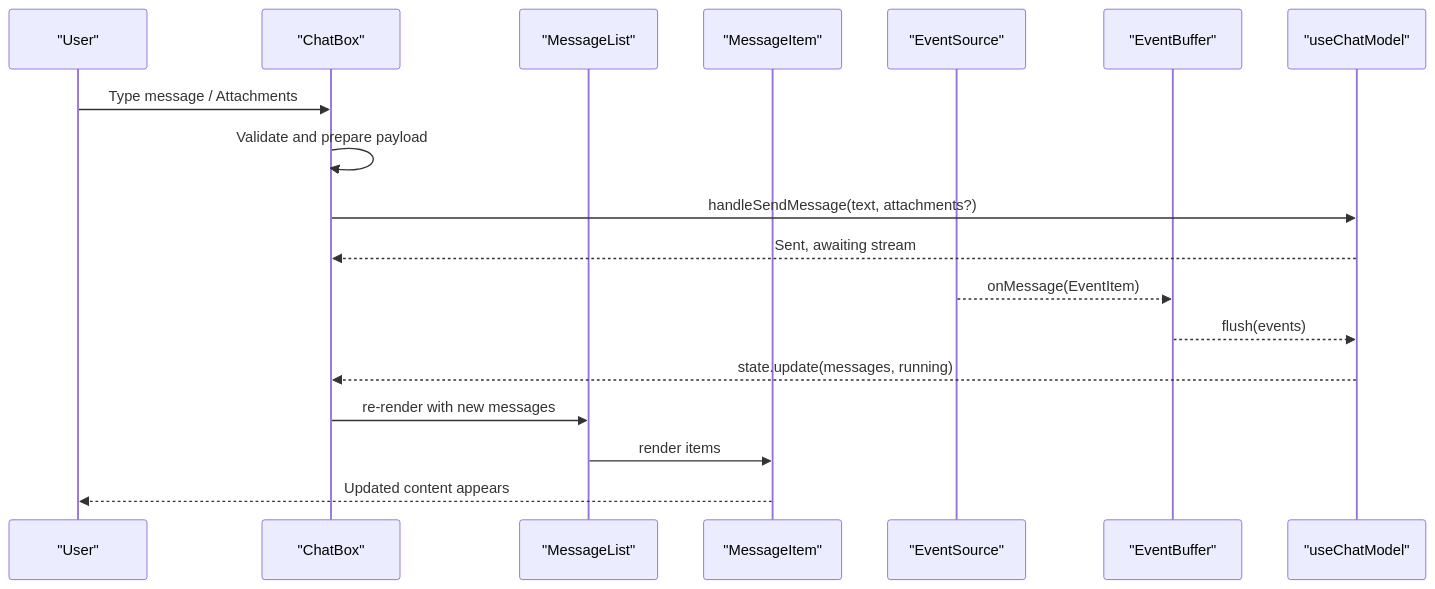
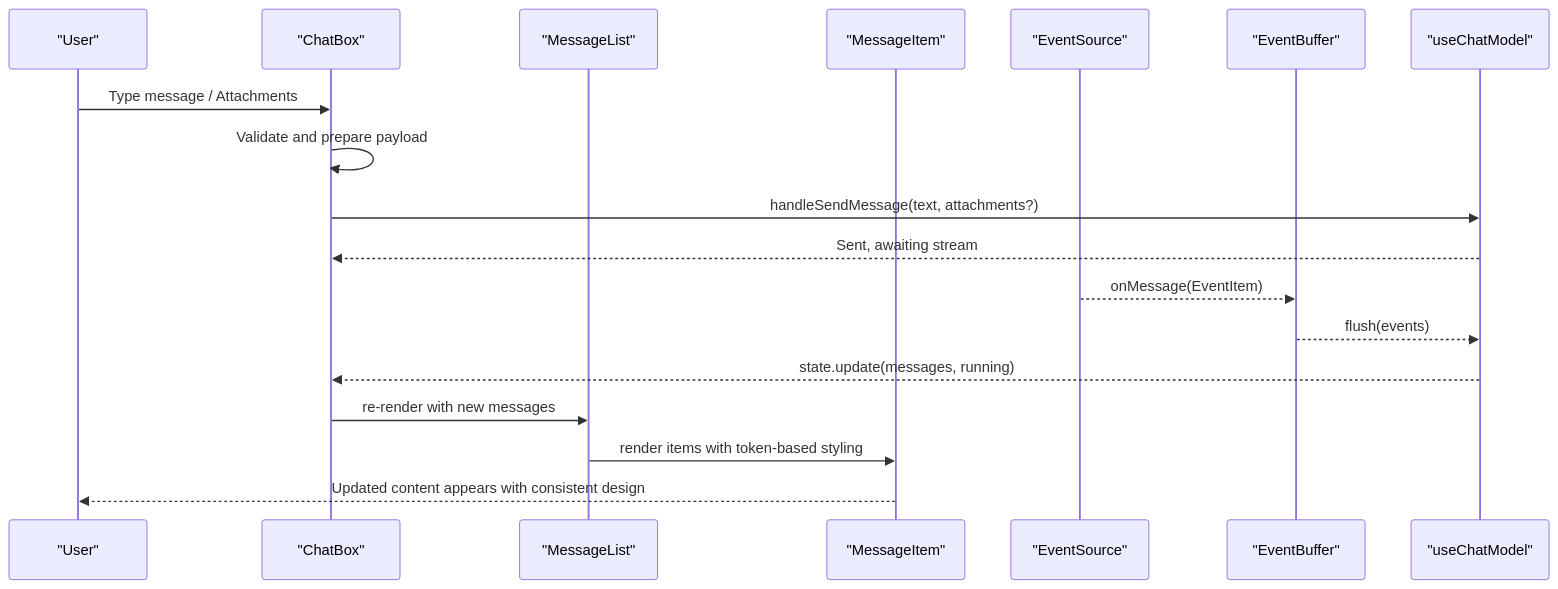
One commit to alibaba/tron-one-agent changed the fifth of 8 diagrams in .qoder/repowiki/en/content/Frontend Architecture/Frontend Architecture.md. Above: the diagram before and after it, drawn with Mermaid. The commit also changed other lines of this file and 6 other files, not shown here.

````diff
--- a/.qoder/repowiki/en/content/Frontend Architecture/Frontend Architecture.md
+++ b/.qoder/repowiki/en/content/Frontend Architecture/Frontend Architecture.md
@@ -228,20 +324,20 @@
 ```mermaid
 sequenceDiagram
 participant U as "User"
 participant CB as "ChatBox"
 participant ML as "MessageList"
 participant MI as "MessageItem"
 participant ES as "EventSource"
 participant BUF as "EventBuffer"
 participant CM as "useChatModel"
 U->>CB : Type message / Attachments
 CB->>CB : Validate and prepare payload
 CB->>CM : handleSendMessage(text, attachments?)
 CM-->>CB : Sent, awaiting stream
 ES-->>BUF : onMessage(EventItem)
 BUF-->>CM : flush(events)
 CM-->>CB : state.update(messages, running)
 CB->>ML : re-render with new messages
-ML->>MI : render items
-MI-->>U : Updated content appears
+ML->>MI : render items with token-based styling
+MI-->>U : Updated content appears with consistent design
 ```
````
